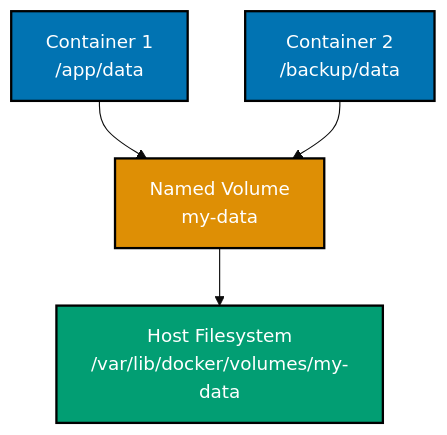
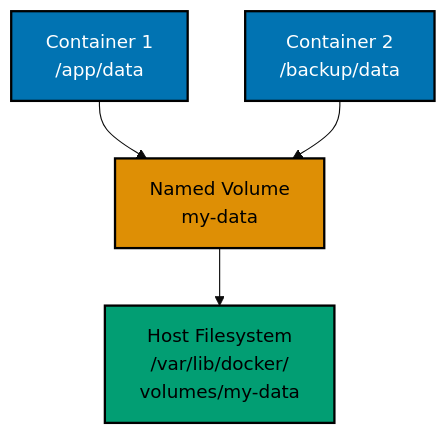
The fifth of 8 diagrams in apps/ayokoding-www/content/en/learn/legacy/software-engineering/infrastructure/tools/docker/by-example/beginner.md (wahidyankf/ose-public), drawn with Mermaid (base theme) before and after one commit. The commit also changed other lines of this file and 131 other files, not shown here.

First line of the commit message:
fix(mermaid): bring the legacy data, infrastructure, and testing diagrams onto the accessible palette

````diff
--- a/apps/ayokoding-www/content/en/learn/legacy/software-engineering/infrastructure/tools/docker/by-example/beginner.md
+++ b/apps/ayokoding-www/content/en/learn/legacy/software-engineering/infrastructure/tools/docker/by-example/beginner.md
@@ -933,13 +957,19 @@
 ```mermaid
 %% Color Palette: Blue #0173B2, Orange #DE8F05, Teal #029E73, Purple #CC78BC, Brown #CA9161
 %% Volume architecture
 graph TD
+ accTitle: Example 13: Named Volumes for Data Persistence
+ accDescr: Graph with 4 nodes and 3 connections. Nodes: Container 1 /app/data, Named Volume my-data, Container 2 /backup/data, Host Filesystem /var/lib/docker/ volumes/my-data. Connections: Container 1 /app/data to Named Volume my-data, Container 2 /backup/data to Named Volume my-data, Named Volume my-data to Host Filesystem /var/lib/docker/ volumes/my-data.
  A["Container 1<br/>/app/data"] --> B["Named Volume<br/>my-data"]
  C["Container 2<br/>/backup/data"] --> B
- B --> D["Host Filesystem<br/>/var/lib/docker/volumes/my-data"]
+ B --> D["Host Filesystem<br/>/var/lib/docker/<br/>volumes/my-data"]
 
- style A fill:#0173B2,stroke:#000000,stroke-width:2px,color:#fff
- style B fill:#DE8F05,stroke:#000000,stroke-width:2px,color:#fff
- style C fill:#0173B2,stroke:#000000,stroke-width:2px,color:#fff
- style D fill:#029E73,stroke:#000000,stroke-width:2px,color:#fff
+ classDef pal-0173B2 fill:#0173B2,stroke:#000000,color:#FFFFFF,stroke-width:2px
+ class A pal-0173B2
+ classDef pal-DE8F05 fill:#DE8F05,stroke:#000000,color:#000000,stroke-width:2px
+ class B pal-DE8F05
+ class C pal-0173B2
+ classDef pal-029E73 fill:#029E73,stroke:#000000,color:#000000,stroke-width:2px
+ class D pal-029E73
+ classDef default fill:#FFFFFF,stroke:#000000,color:#000000
 ```
````
